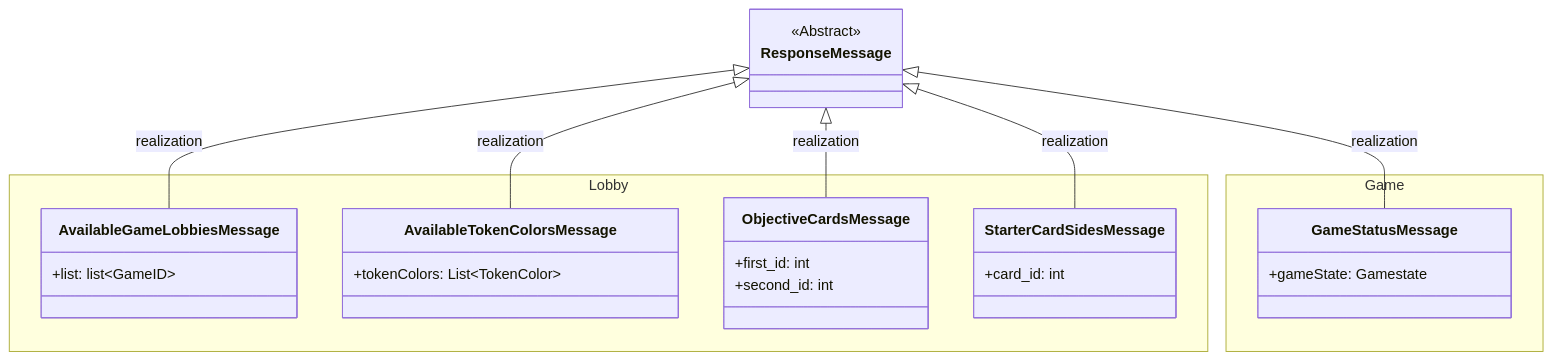
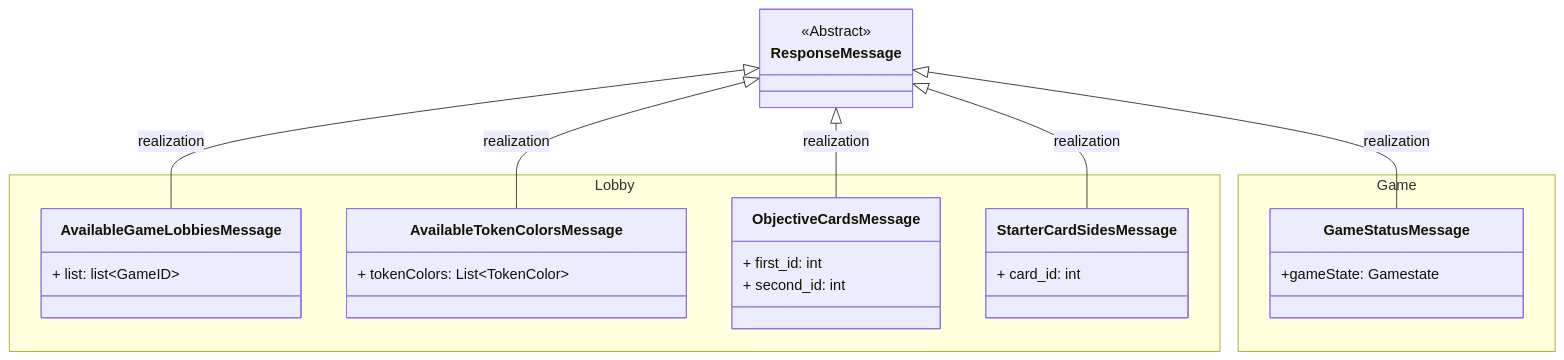
The third of 6 diagrams in documentation_wip/messages.md (frephs/IS24-AM21), drawn with Mermaid before and after one commit. The commit also changed other lines of this file, not shown here.

````diff
--- a/documentation_wip/messages.md
+++ b/documentation_wip/messages.md
@@ -121,39 +121,39 @@
 ```mermaid
 classDiagram 
     class ResponseMessage {
         <<Abstract>> 
     }
     namespace Lobby {
         class AvailableGameLobbiesMessage{
-            +list: list~GameID~
+            + list: list~GameID~
         }
 
         class AvailableTokenColorsMessage{
-            +tokenColors: List~TokenColor~
+            + tokenColors: List~TokenColor~
         }
 
         class ObjectiveCardsMessage{
-            +first_id: int
-            +second_id: int
+            + first_id: int
+            + second_id: int
         }
 
         class StarterCardSidesMessage{
-            +card_id: int
+            + card_id: int
         }
         
     
     }
 
     namespace Game{
         class GameStatusMessage{
             +gameState: Gamestate
         }
     }
 
     ResponseMessage <|-- AvailableGameLobbiesMessage : realization
     ResponseMessage <|-- AvailableTokenColorsMessage : realization
     ResponseMessage <|-- ObjectiveCardsMessage : realization
     ResponseMessage <|-- StarterCardSidesMessage : realization
     ResponseMessage <|-- GameStatusMessage : realization
     
 ```
````
